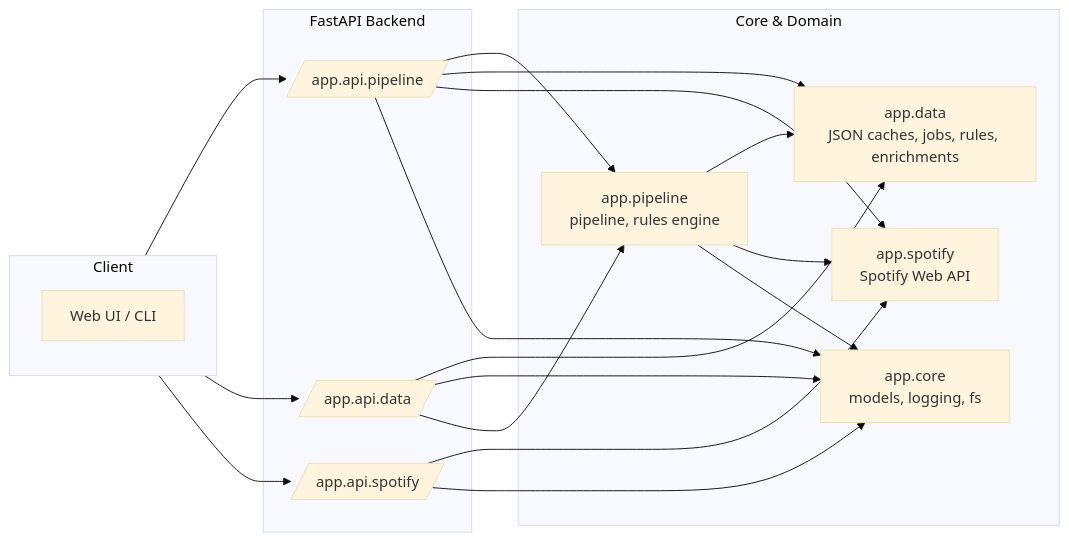
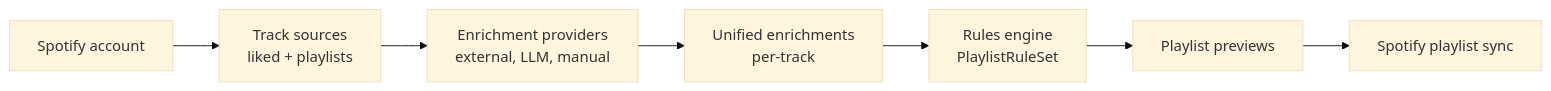
Before and after one commit to me-odo/spotify-auto-playlists: the first of 2 diagrams in docs/architecture.md, drawn with Mermaid (base theme). The commit also changed other lines of this file and 9 other files, not shown here.

````diff
--- a/docs/architecture.md
+++ b/docs/architecture.md
@@ -156,39 +29,9 @@
 ```mermaid
 flowchart LR
-  subgraph Client
-    UI[Web UI / CLI]
-  end
-
-  subgraph API[FastAPI Backend]
-    APIPipeline[/app.api.pipeline/]
-    APIData[/app.api.data/]
-    APISpotify[/app.api.spotify/]
-  end
-
-  subgraph Core[Core & Domain]
-    CorePkg[app.core<br/>models, logging, fs]
-    DataPkg[app.data<br/>JSON caches, jobs, rules, enrichments]
-    PipelinePkg[app.pipeline<br/>pipeline, rules engine]
-    SpotifyPkg[app.spotify<br/>Spotify Web API]
-  end
-
-  Client --> APIPipeline
-  Client --> APIData
-  Client --> APISpotify
-
-  APIPipeline --> PipelinePkg
-  APIPipeline --> DataPkg
-  APIPipeline --> SpotifyPkg
-  APIPipeline --> CorePkg
-
-  APIData --> DataPkg
-  APIData --> CorePkg
-  APIData --> PipelinePkg
-
-  APISpotify --> SpotifyPkg
-  APISpotify --> CorePkg
-
-  PipelinePkg --> DataPkg
-  PipelinePkg --> SpotifyPkg
-  PipelinePkg --> CorePkg
+  A[Spotify account] --> B[Track sources<br/>liked + playlists]
+  B --> C[Enrichment providers<br/>external, LLM, manual]
+  C --> D[Unified enrichments<br/>per-track]
+  D --> E[Rules engine<br/>PlaylistRuleSet]
+  E --> F[Playlist previews]
+  F --> G[Spotify playlist sync]
 ```
````
